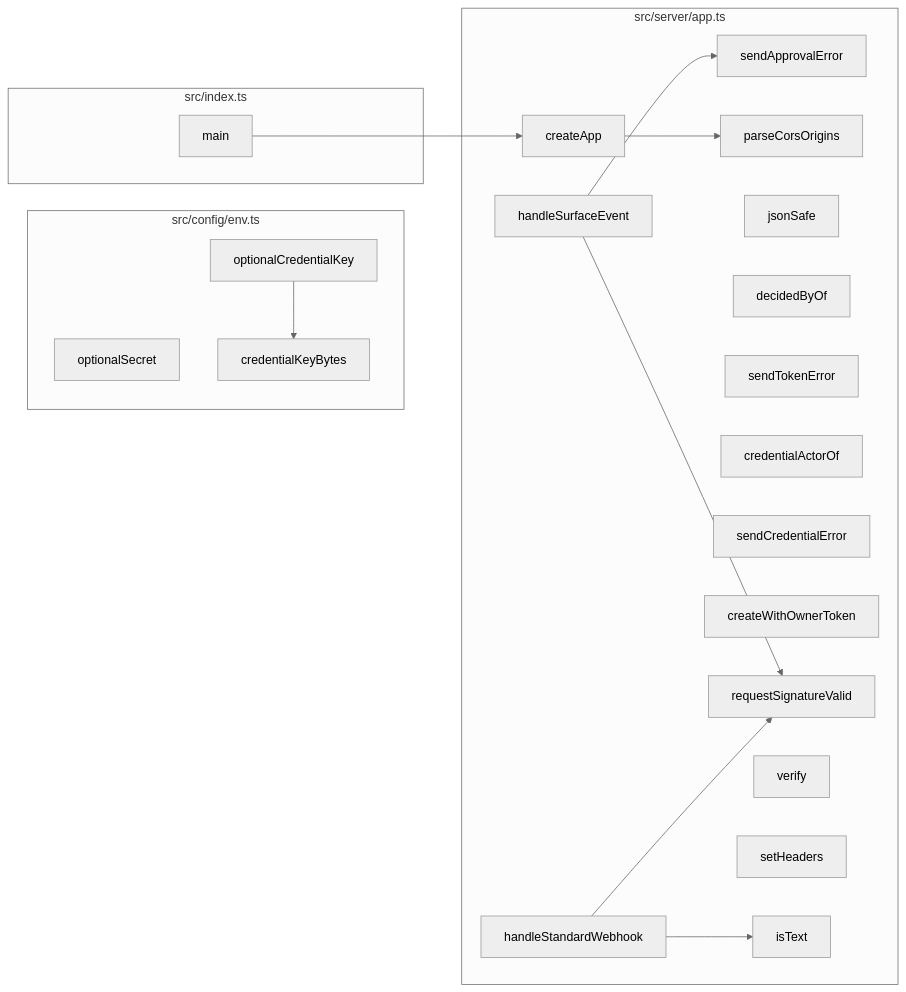
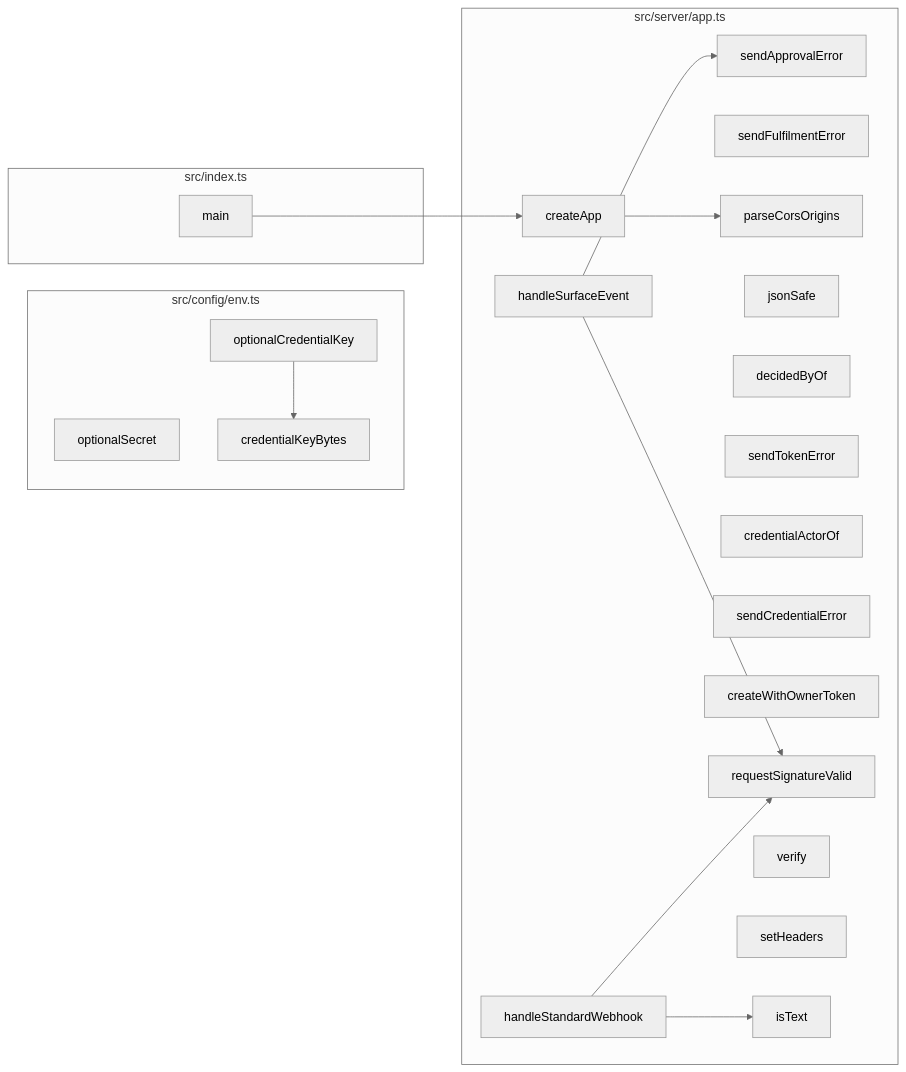
One commit to Jaydearcadian/bind changed the fourth of 8 diagrams in docs/CODEBASE_MAP.md. Above: the diagram before and after it, drawn with Mermaid (neutral theme). The commit also changed other lines of this file and 9 other files, not shown here.

````diff
--- a/docs/CODEBASE_MAP.md
+++ b/docs/CODEBASE_MAP.md
@@ -239,35 +248,36 @@
 ```mermaid
 flowchart LR
   subgraph F0["src/config/env.ts"]
     n106["optionalSecret"]
     n107["credentialKeyBytes"]
     n108["optionalCredentialKey"]
   end
   subgraph F1["src/index.ts"]
     n166["main"]
   end
   subgraph F2["src/server/app.ts"]
     n185["sendApprovalError"]
-    n186["parseCorsOrigins"]
-    n187["jsonSafe"]
-    n188["decidedByOf"]
-    n189["sendTokenError"]
-    n190["credentialActorOf"]
-    n191["sendCredentialError"]
-    n192["createWithOwnerToken"]
-    n193["requestSignatureValid"]
-    n194["createApp"]
-    n195["verify"]
-    n196["setHeaders"]
-    n239["handleSurfaceEvent"]
-    n240["handleStandardWebhook"]
-    n241["isText"]
+    n186["sendFulfilmentError"]
+    n187["parseCorsOrigins"]
+    n188["jsonSafe"]
+    n189["decidedByOf"]
+    n190["sendTokenError"]
+    n191["credentialActorOf"]
+    n192["sendCredentialError"]
+    n193["createWithOwnerToken"]
+    n194["requestSignatureValid"]
+    n195["createApp"]
+    n196["verify"]
+    n197["setHeaders"]
+    n248["handleSurfaceEvent"]
+    n249["handleStandardWebhook"]
+    n250["isText"]
   end
   n108 --> n107
-  n166 --> n194
-  n194 --> n186
-  n239 --> n193
-  n239 --> n185
-  n240 --> n193
-  n240 --> n241
+  n166 --> n195
+  n195 --> n187
+  n248 --> n194
+  n248 --> n185
+  n249 --> n194
+  n249 --> n250
 ```
````
